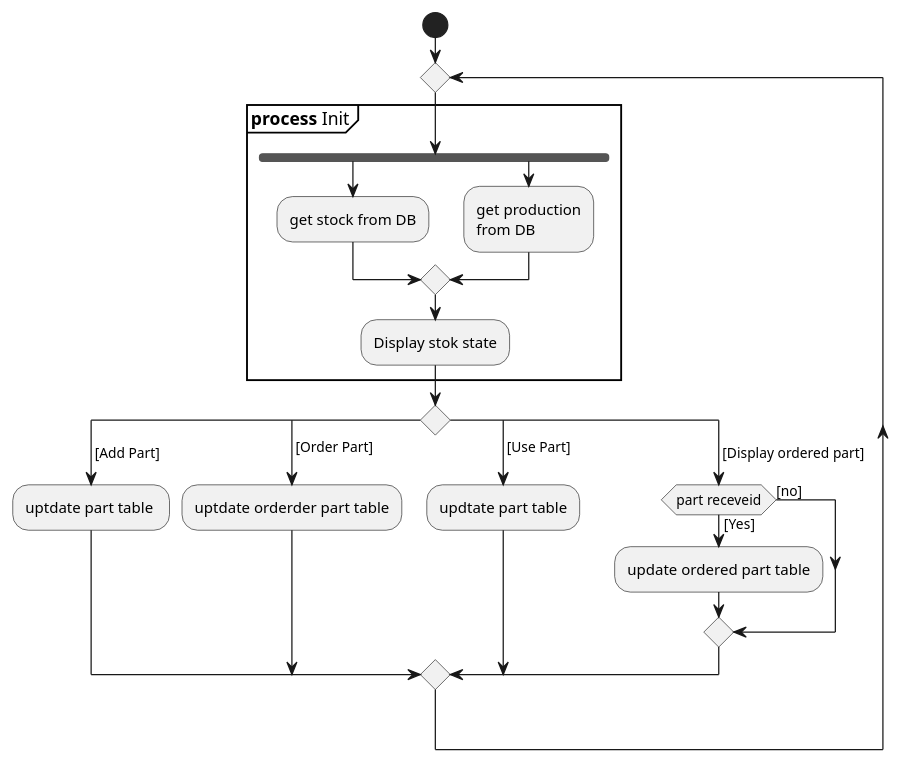
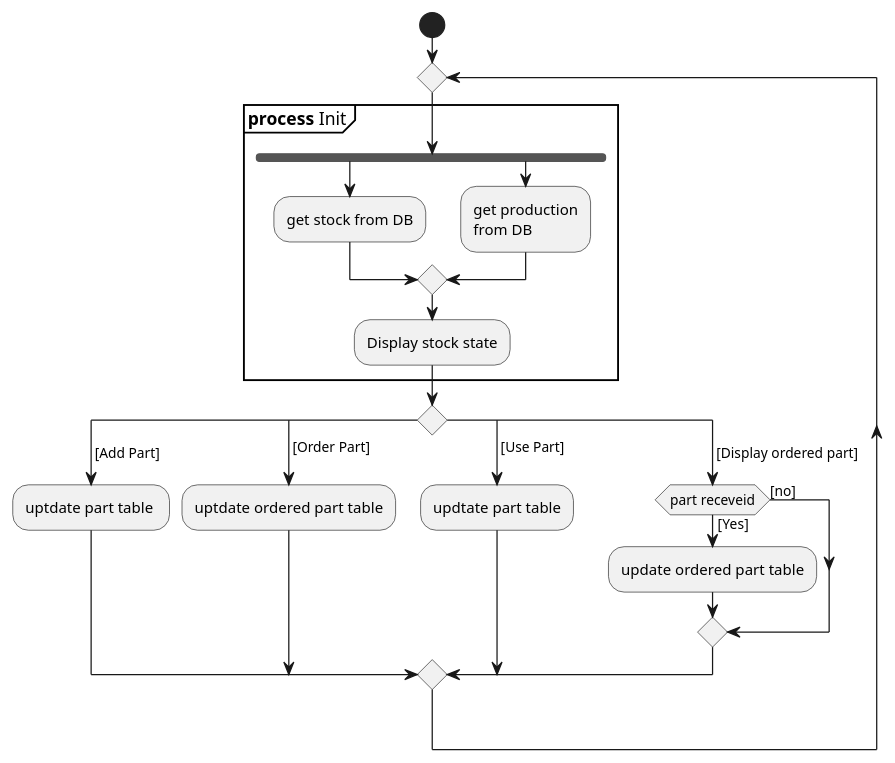
The diagram in diagrams/Current/PlantUML/activity/stock.plantuml (fred-corp/Bovelo_PG3L_ECAM), drawn with PlantUML before and after one commit.

```diff
--- a/diagrams/Current/PlantUML/activity/stock.plantuml
+++ b/diagrams/Current/PlantUML/activity/stock.plantuml
@@ -1,27 +1,27 @@
 @startuml
 start
 repeat
 partition "**process** Init" {
     
 fork
   :get stock from DB;
 fork again
   :get production
  from DB;
 end merge
-    :Display stok state;
+    :Display stock state;
 }
 switch ()
 case ( [Add Part] )
   :uptdate part table ;
 case ( [Order Part] ) 
-  :uptdate orderder part table;
+  :uptdate ordered part table;
 case ( [Use Part] )
   :updtate part table;
 case ( [Display ordered part] )
 if (part receveid) is ([Yes]) then
 :update ordered part table;
 else ([no])
 endif
 endswitch
 @enduml
```
